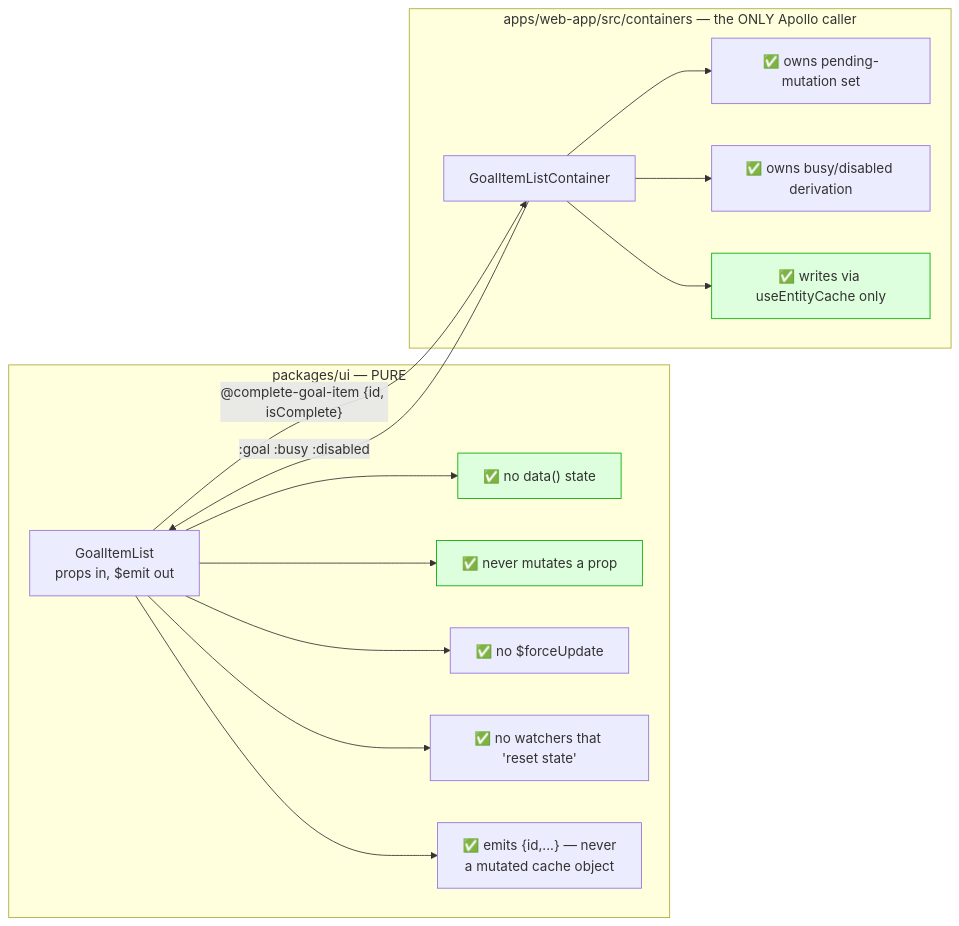
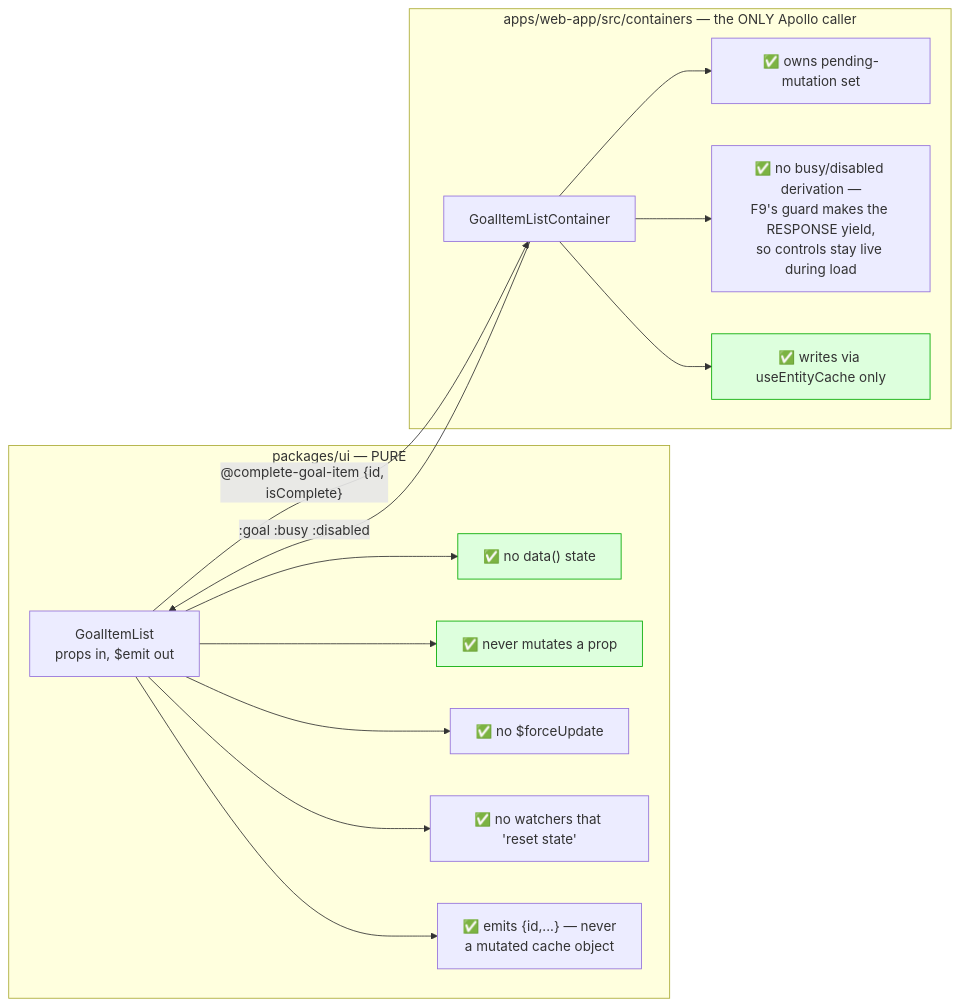
Before and after one commit to familywealthIN/family-routine: the fourth of 5 diagrams in docs/cache/02-corrected-flow.md, drawn with Mermaid. The commit also changed other lines of this file and 28 other files, not shown here.

````diff
--- a/docs/cache/02-corrected-flow.md
+++ b/docs/cache/02-corrected-flow.md
@@ -151,25 +182,25 @@
 ```mermaid
 flowchart LR
     subgraph "packages/ui — PURE"
     A["GoalItemList<br/>props in, $emit out"]
     A --> A1["✅ no data() state"]
     A --> A2["✅ never mutates a prop"]
     A --> A3["✅ no $forceUpdate"]
     A --> A4["✅ no watchers that 'reset state'"]
     A --> A5["✅ emits {id,...} — never<br/>a mutated cache object"]
     end
 
     subgraph "apps/web-app/src/containers — the ONLY Apollo caller"
     B["GoalItemListContainer"]
     B --> B1["✅ owns pending-mutation set"]
-    B --> B2["✅ owns busy/disabled derivation"]
+    B --> B2["✅ no busy/disabled derivation —<br/>F9's guard makes the RESPONSE yield,<br/>so controls stay live during load"]
     B --> B3["✅ writes via useEntityCache only"]
     end
 
     A -- "@complete-goal-item {id, isComplete}" --> B
     B -- ":goal :busy :disabled" --> A
 
     style A1 fill:#ddffdd,stroke:#0a0
     style A2 fill:#ddffdd,stroke:#0a0
     style B3 fill:#ddffdd,stroke:#0a0
 ```
````
